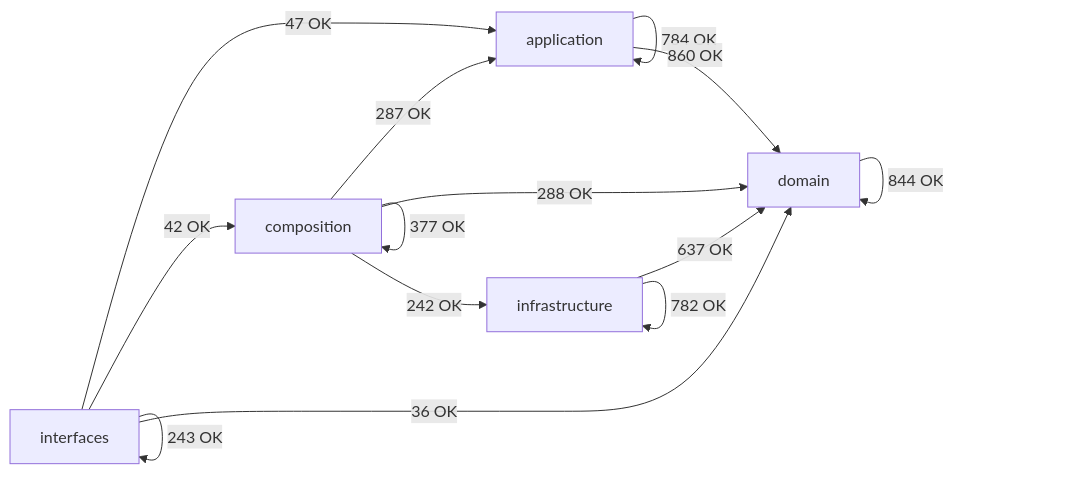
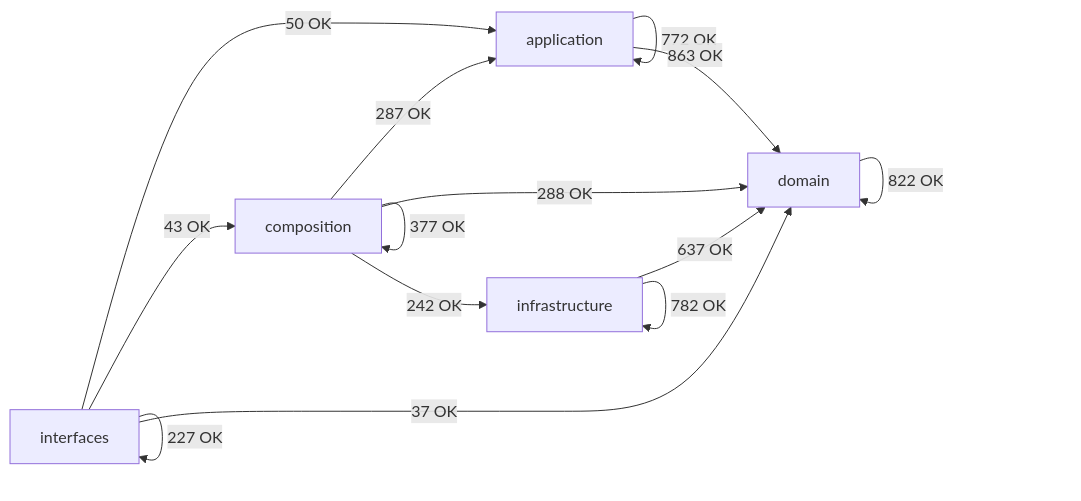
The diagram in docs/02-architecture/generated/module-dependency-map.md (SatoryKono/BioactivityDataAcquisition), drawn with Mermaid before and after one commit. The commit also changed other lines of this file and 62 other files, not shown here.

````diff
--- a/docs/02-architecture/generated/module-dependency-map.md
+++ b/docs/02-architecture/generated/module-dependency-map.md
@@ -26,21 +26,21 @@
 ```mermaid
 flowchart LR
     domain[domain]
     application[application]
     infrastructure[infrastructure]
     composition[composition]
     interfaces[interfaces]
-    application -->|784 OK| application
-    application -->|860 OK| domain
+    application -->|772 OK| application
+    application -->|863 OK| domain
     composition -->|287 OK| application
     composition -->|377 OK| composition
     composition -->|288 OK| domain
     composition -->|242 OK| infrastructure
-    domain -->|844 OK| domain
+    domain -->|822 OK| domain
     infrastructure -->|637 OK| domain
     infrastructure -->|782 OK| infrastructure
-    interfaces -->|47 OK| application
-    interfaces -->|42 OK| composition
-    interfaces -->|36 OK| domain
-    interfaces -->|243 OK| interfaces
+    interfaces -->|50 OK| application
+    interfaces -->|43 OK| composition
+    interfaces -->|37 OK| domain
+    interfaces -->|227 OK| interfaces
 ```
````
